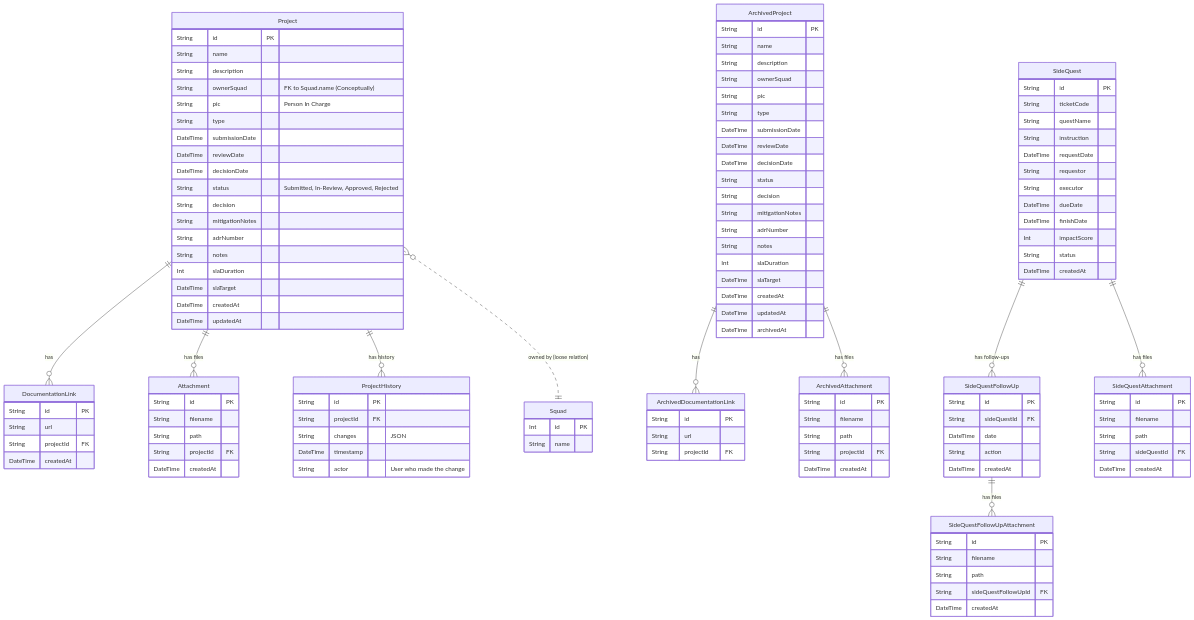
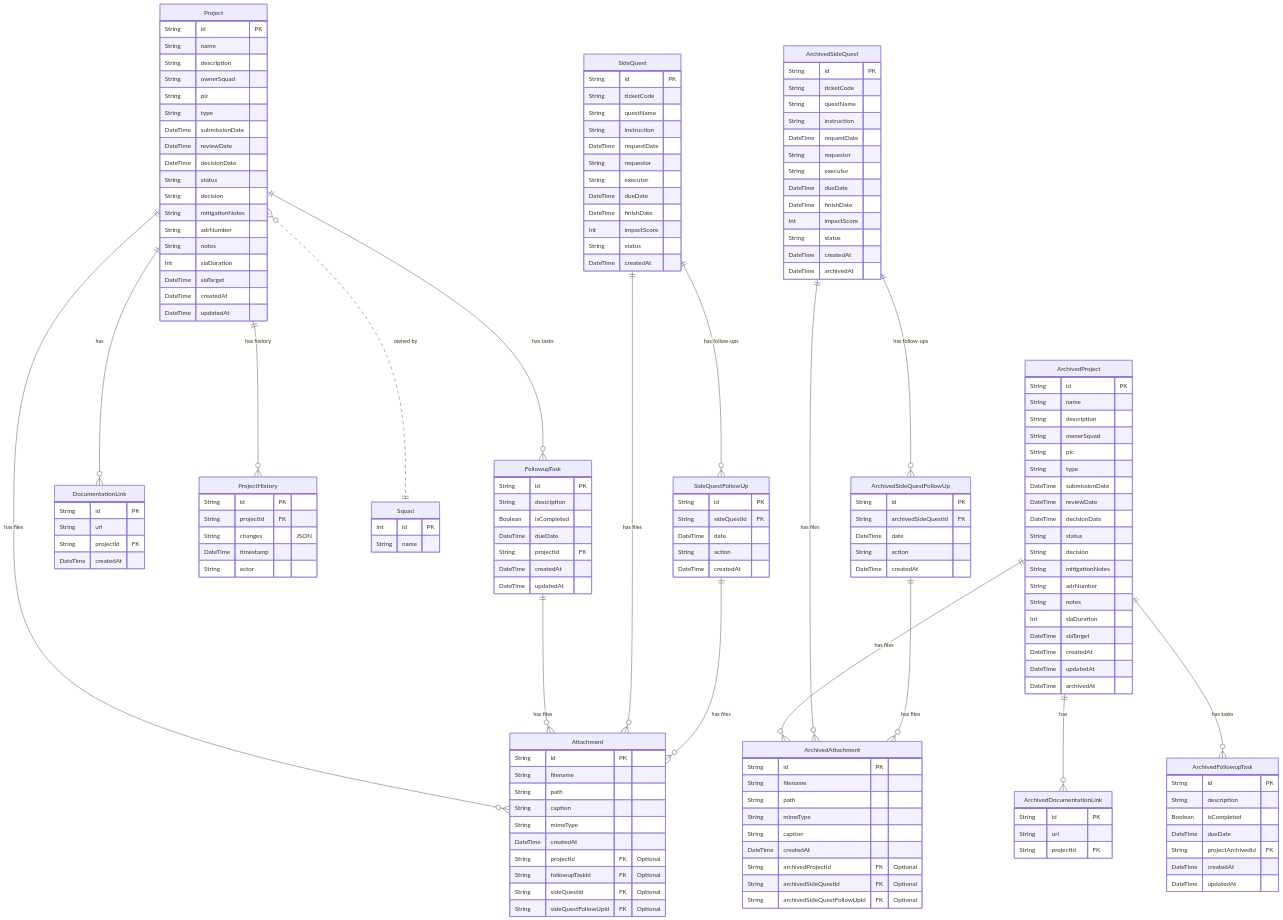
The diagram in solution_architect/erd.mermaid (glasnost-inter/arb-tracker), drawn with Mermaid before and after one commit. The commit also changed 323 other files, not shown here.

```diff
--- a/solution_architect/erd.mermaid
+++ b/solution_architect/erd.mermaid
@@ -1,146 +1,189 @@
 erDiagram
 
     %% User and Authentication (Implicit / Future)
     %% Currently, User is represented implicitly via strings (PIC, Actor, Requestor)
-    %% User ||--o{ Project : "manages/owns"
-    %% User ||--o{ SideQuest : "requests/executes"
 
-    %% Project / Submission Management
     Project {
         String id PK
         String name
         String description
-        String ownerSquad "FK to Squad.name (Conceptually)"
-        String pic "Person In Charge"
+        String ownerSquad
+        String pic
         String type
         DateTime submissionDate
         DateTime reviewDate
         DateTime decisionDate
-        String status "Submitted, In-Review, Approved, Rejected"
+        String status
         String decision
         String mitigationNotes
         String adrNumber
         String notes
         Int slaDuration
         DateTime slaTarget
+        DateTime createdAt
+        DateTime updatedAt
+    }
+
+    FollowupTask {
+        String id PK
+        String description
+        Boolean isCompleted
+        DateTime dueDate
+        String projectId FK
         DateTime createdAt
         DateTime updatedAt
     }
 
     DocumentationLink {
         String id PK
         String url
         String projectId FK
         DateTime createdAt
     }
 
     Attachment {
         String id PK
         String filename
         String path
-        String projectId FK
+        String caption
+        String mimeType
         DateTime createdAt
+        String projectId FK "Optional"
+        String followupTaskId FK "Optional"
+        String sideQuestId FK "Optional"
+        String sideQuestFollowUpId FK "Optional"
     }
 
     ProjectHistory {
         String id PK
         String projectId FK
         String changes "JSON"
         DateTime timestamp
-        String actor "User who made the change"
+        String actor
     }
 
     Squad {
         Int id PK
         String name
     }
 
     %% Archival System
     ArchivedProject {
         String id PK
         String name
         String description
         String ownerSquad
         String pic
         String type
         DateTime submissionDate
         DateTime reviewDate
         DateTime decisionDate
         String status
         String decision
         String mitigationNotes
         String adrNumber
         String notes
         Int slaDuration
         DateTime slaTarget
         DateTime createdAt
         DateTime updatedAt
         DateTime archivedAt
     }
 
+    ArchivedFollowupTask {
+        String id PK
+        String description
+        Boolean isCompleted
+        DateTime dueDate
+        String projectArchivedId FK
+        DateTime createdAt
+        DateTime updatedAt
+    }
+
     ArchivedDocumentationLink {
         String id PK
         String url
         String projectId FK
     }
 
     ArchivedAttachment {
         String id PK
         String filename
         String path
-        String projectId FK
+        String mimeType
+        String caption
         DateTime createdAt
+        String archivedProjectId FK "Optional"
+        String archivedSideQuestId FK "Optional"
+        String archivedSideQuestFollowUpId FK "Optional"
     }
 
     %% Side Quest System
     SideQuest {
         String id PK
         String ticketCode
         String questName
         String instruction
         DateTime requestDate
         String requestor
         String executor
         DateTime dueDate
         DateTime finishDate
         Int impactScore
         String status
         DateTime createdAt
     }
 
     SideQuestFollowUp {
         String id PK
         String sideQuestId FK
         DateTime date
         String action
         DateTime createdAt
     }
 
-    SideQuestAttachment {
+    %% Archival System (Side Quest)
+    ArchivedSideQuest {
         String id PK
-        String filename
-        String path
-        String sideQuestId FK
+        String ticketCode
+        String questName
+        String instruction
+        DateTime requestDate
+        String requestor
+        String executor
+        DateTime dueDate
+        DateTime finishDate
+        Int impactScore
+        String status
         DateTime createdAt
+        DateTime archivedAt
     }
 
-    SideQuestFollowUpAttachment {
+    ArchivedSideQuestFollowUp {
         String id PK
-        String filename
-        String path
-        String sideQuestFollowUpId FK
+        String archivedSideQuestId FK
+        DateTime date
+        String action
         DateTime createdAt
     }
 
     %% Relationships
     Project ||--o{ DocumentationLink : "has"
     Project ||--o{ Attachment : "has files"
     Project ||--o{ ProjectHistory : "has history"
-    Project }o..|| Squad : "owned by (loose relation)"
+    Project ||--o{ FollowupTask : "has tasks"
+    Project }o..|| Squad : "owned by"
+
+    FollowupTask ||--o{ Attachment : "has files"
 
     ArchivedProject ||--o{ ArchivedDocumentationLink : "has"
     ArchivedProject ||--o{ ArchivedAttachment : "has files"
+    ArchivedProject ||--o{ ArchivedFollowupTask : "has tasks"
 
     SideQuest ||--o{ SideQuestFollowUp : "has follow-ups"
-    SideQuest ||--o{ SideQuestAttachment : "has files"
-    SideQuestFollowUp ||--o{ SideQuestFollowUpAttachment : "has files"
+    SideQuest ||--o{ Attachment : "has files"
+    SideQuestFollowUp ||--o{ Attachment : "has files"
+
+    ArchivedSideQuest ||--o{ ArchivedSideQuestFollowUp : "has follow-ups"
+    ArchivedSideQuest ||--o{ ArchivedAttachment : "has files"
+    ArchivedSideQuestFollowUp ||--o{ ArchivedAttachment : "has files"
```
